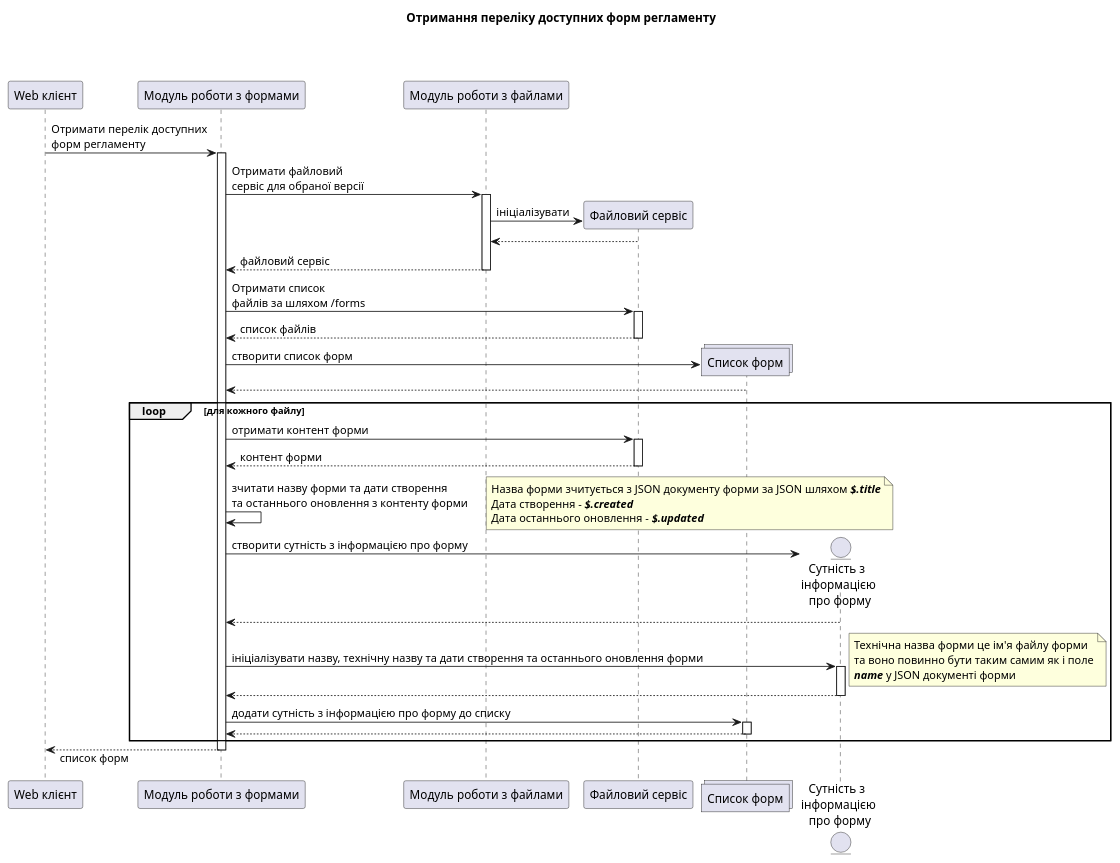
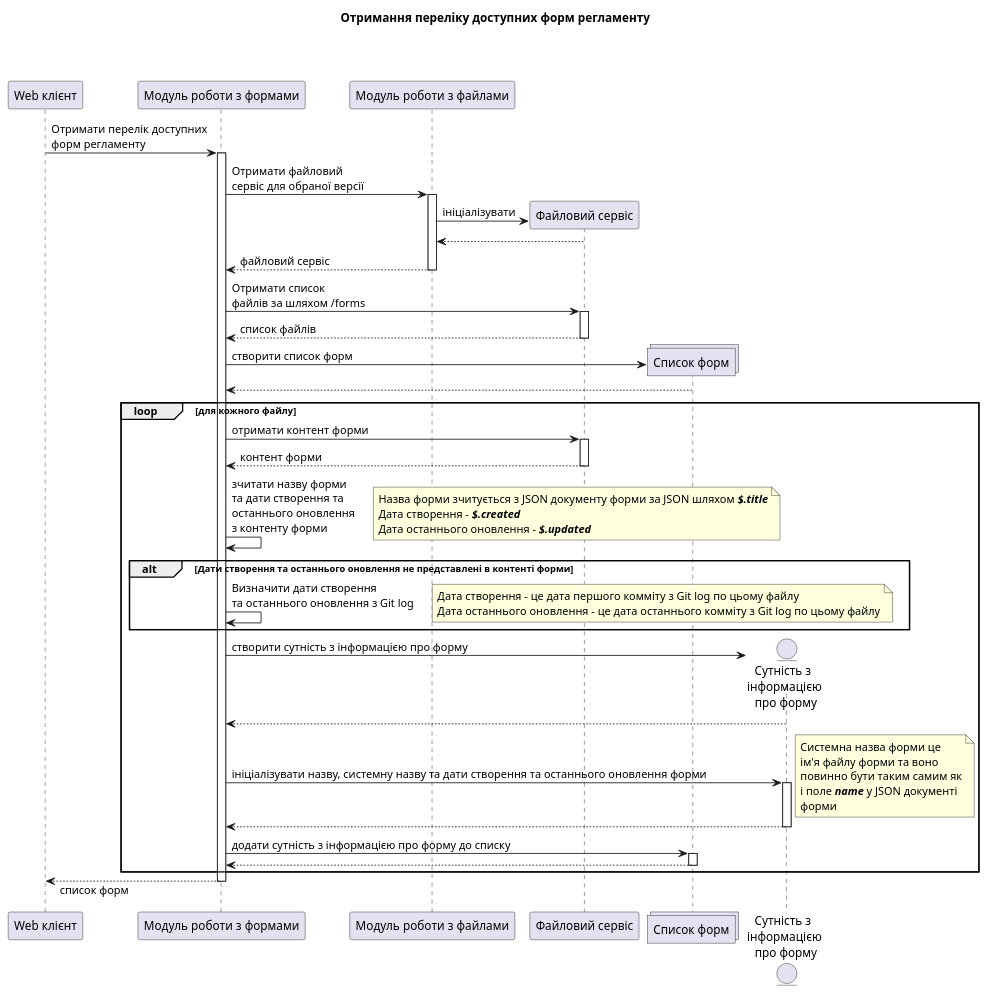
One commit to epam/edp-ddm-registry-regulation-management changed the diagram in docs/modules/admin-portal-backend/partials/forms/get-form-list.puml. Above: the diagram before and after it, drawn with PlantUML. The commit also changed 3 other files, not shown here.

```diff
--- a/docs/modules/admin-portal-backend/partials/forms/get-form-list.puml
+++ b/docs/modules/admin-portal-backend/partials/forms/get-form-list.puml
@@ -1,70 +1,78 @@
 @startuml
 participant "Web клієнт" as client order 1
 participant "Модуль роботи з формами" as formModule order 2
 participant "Модуль роботи з файлами" as fileModule order 3
 participant "Файловий сервіс" as fileService order 4
 collections "Список форм" as formList order 5
 entity "Сутність з \nінформацією\n про форму" as formDto order 6
 
 skinparam responseMessageBelowArrow true
 
 title Отримання переліку доступних форм регламенту
 
 client -> formModule: Отримати перелік доступних\nформ регламенту
 activate formModule
   formModule -> fileModule: Отримати файловий\nсервіс для обраної версії
   activate fileModule
     create fileService
     fileModule -> fileService: ініціалізувати
     fileModule <-- fileService
     return файловий сервіс
   deactivate fileModule
 
   formModule -> fileService: Отримати список\nфайлів за шляхом /forms
   activate fileService
     return список файлів
   deactivate fileService
 
   create formList
   formModule -> formList: створити список форм
   return
 
   loop для кожного файлу
     formModule -> fileService: отримати контент форми
     activate fileService
     return контент форми
     deactivate fileService
 
-    formModule -> formModule: зчитати назву форми та дати створення \nта останнього оновлення з контенту форми
+    formModule -> formModule: зчитати назву форми\nта дати створення та\nостаннього оновлення\nз контенту форми
     note right
     Назва форми зчитується з JSON документу форми за JSON шляхом **//$.title//**
     Дата створення - **//$.created//**
     Дата останнього оновлення - **//$.updated//**
     end note
 
+    alt Дати створення та останнього оновлення не представлені в контенті форми
+    formModule -> formModule: Визначити дати створення\nта останнього оновлення з Git log
+    note right
+    Дата створення - це дата першого комміту з Git log по цьому файлу
+    Дата останнього оновлення - це дата останнього комміту з Git log по цьому файлу
+    end note
+    end
+
     create formDto
     formModule -> formDto: створити сутність з інформацією про форму
     return
 
-    formModule -> formDto: ініціалізувати назву, технічну назву та дати створення та останнього оновлення форми
+    formModule -> formDto: ініціалізувати назву, системну назву та дати створення та останнього оновлення форми
     note right
-    Технічна назва форми це ім'я файлу форми
-    та воно повинно бути таким самим як і поле
-    **//name//** у JSON документі форми
+    Системна назва форми це
+    ім'я файлу форми та воно
+    повинно бути таким самим як
+    і поле **//name//** у JSON документі
+    форми
     end note
     activate formDto
     return
     deactivate formDto
 
     formModule -> formList: додати сутність з інформацією про форму до списку
     activate formList
     return
     deactivate formList
   end
 
   client <-- formModule: список форм
 
 deactivate formModule
-
-
 @enduml
```
